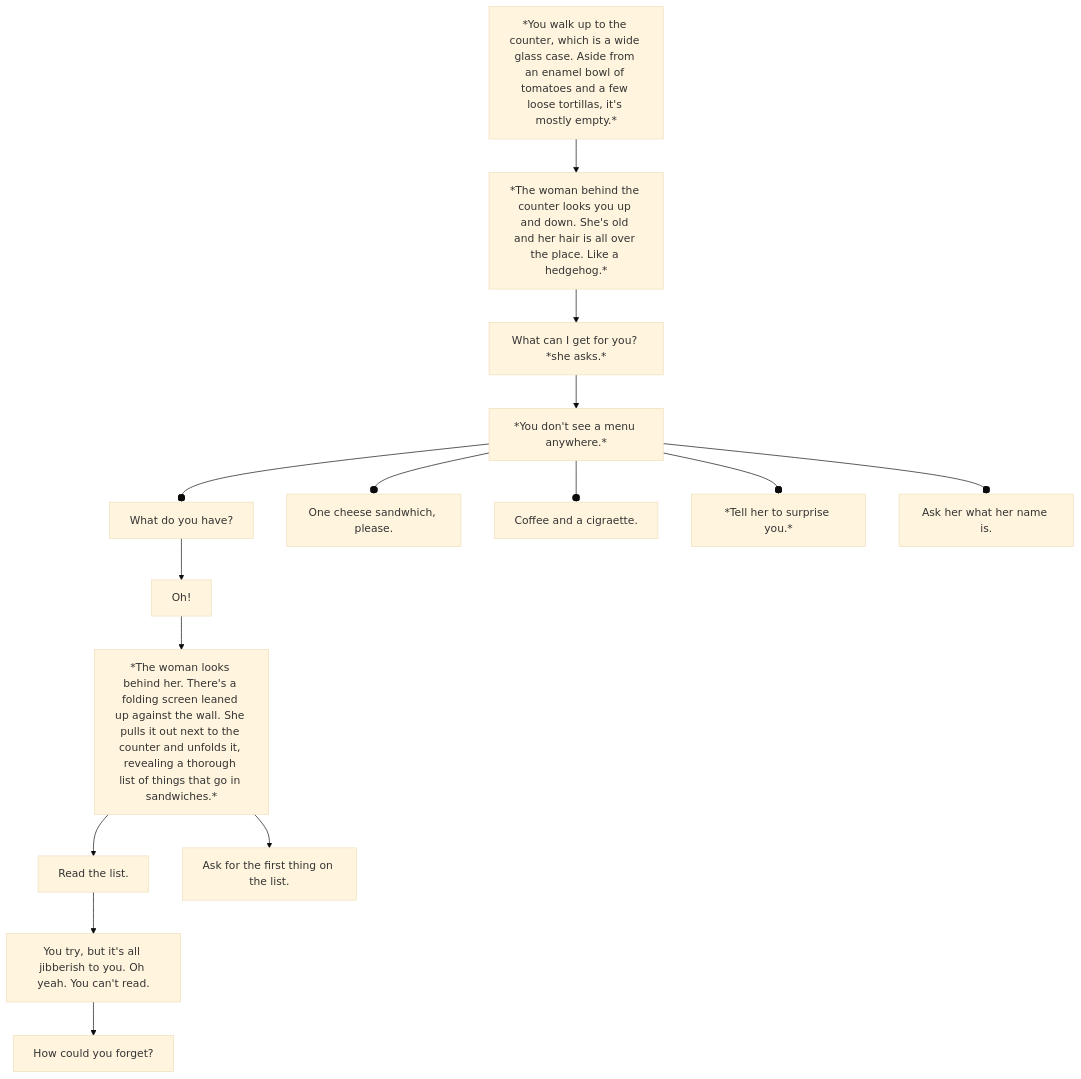
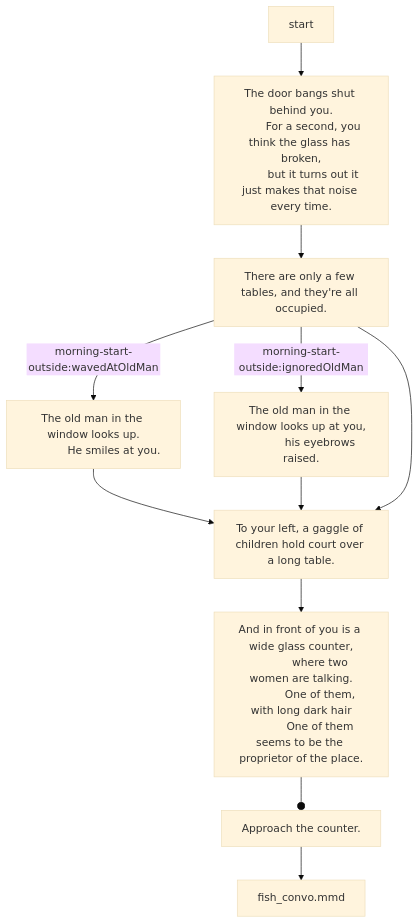
The diagram in src/assets/scenes/morning-ordering.mmd (probablyduncan/cafe), drawn with Mermaid (base theme) before and after one commit. The commit also changed 8 other files, not shown here.

```diff
--- a/src/assets/scenes/morning-ordering.mmd
+++ b/src/assets/scenes/morning-ordering.mmd
@@ -1,19 +1,55 @@
 flowchart TD
 
-    i[*You walk up to the counter, which is a wide glass case. Aside from an enamel bowl of tomatoes and a few loose tortillas, it's mostly empty.*]
-    --> ii[*The woman behind the counter looks you up and down. She's old and her hair is all over the place. Like a hedgehog.*]
-    --> iii[What can I get for you? *she asks.*]
-    --> iv[*You don't see a menu anywhere.*]
+    %% i[*You walk up to the counter, which is a wide glass case. Aside from an enamel bowl of tomatoes and a few loose tortillas, it's mostly empty.*]
+    %% --> ii[*The woman behind the counter looks you up and down. She's old and her hair is all over the place. Like a hedgehog.*]
+    %% --> iii[What can I get for you? *she asks.*]
+    %% --> iv[*You don't see a menu anywhere.*]
 
-    iv --o c1[What do you have?]
-    --> c1-i[Oh!] --> c1-ii[*The woman looks behind her. There's a folding screen leaned up against the wall. She pulls it out next to the counter and unfolds it, revealing a thorough list of things that go in sandwiches.*] --> c1-c1[Read the list.] & c1-c2[Ask for the first thing on the list.]
+    %% iv --o c1[What do you have?]
+    %% --> c1-i[Oh!] --> c1-ii[*The woman looks behind her. There's a folding screen leaned up against the wall. She pulls it out next to the counter and unfolds it, revealing a thorough list of things that go in sandwiches.*] --> c1-c1[Read the list.] & c1-c2[Ask for ''the first thing'' on the list.]
 
-    c1-c1 --> c1-c1-i[You try, but it's all jibberish to you. Oh yeah. You can't read.] --> c1-c1-ii[How could you forget?]
+    %% c1-c1 --> c1-c1-i[You try, but it's all jibberish to you. Oh yeah. You can't read.] --> c1-c1-ii[How could you forget?]
 
-    iv --o c2[One cheese sandwhich, please.]
+    %% iv --o c2[One cheese sandwhich, please.]
     
-    iv --o c3[Coffee and a cigraette.]
+    %% iv --o c3[Coffee and a cigraette.]
     
-    iv --o c4[*Tell her to surprise you.*]
+    %% iv --o c4[*Tell her to surprise you.*]
     
-    iv --o c5[Ask her what her name is.]
+    %% iv --o c5[Ask her what her name is.]
+
+
+
+
+    start --> a[The door bangs shut behind you.
+        For a second, you think the glass has broken,
+        but it turns out it just makes that noise every time.]
+        --> b[There are only a few tables, and they're all occupied.]
+        
+        b -->|morning-start-outside:wavedAtOldMan| ba[
+            The old man in the window looks up.
+            He smiles at you.
+        ] --> c
+
+        b -->|morning-start-outside:ignoredOldMan| bb[
+            The old man in the window looks up at you,
+            his eyebrows raised.
+        ] --> c
+
+        b --> c
+
+        c[To your left, a gaggle of children hold court over a long table.]
+        --> d[
+            And in front of you is a wide glass counter,
+            where two women are talking.
+            One of them, with long dark hair
+            One of them seems to be the proprietor of the place.
+        ]
+        --o e[Approach the counter.] --> fish_convo.mmd
+
+
+        %% and he slapped the fish, one after the other. And they flopped around, of course. they're chatting and you have to interrupt them or wait?
+
+        %% once you've ordered, you have to choose where to sit.
+        %% and I have to make it really easy to go take your food outside and be alone.
+        %% but difficult/rewarding to sit down with some rando
```
